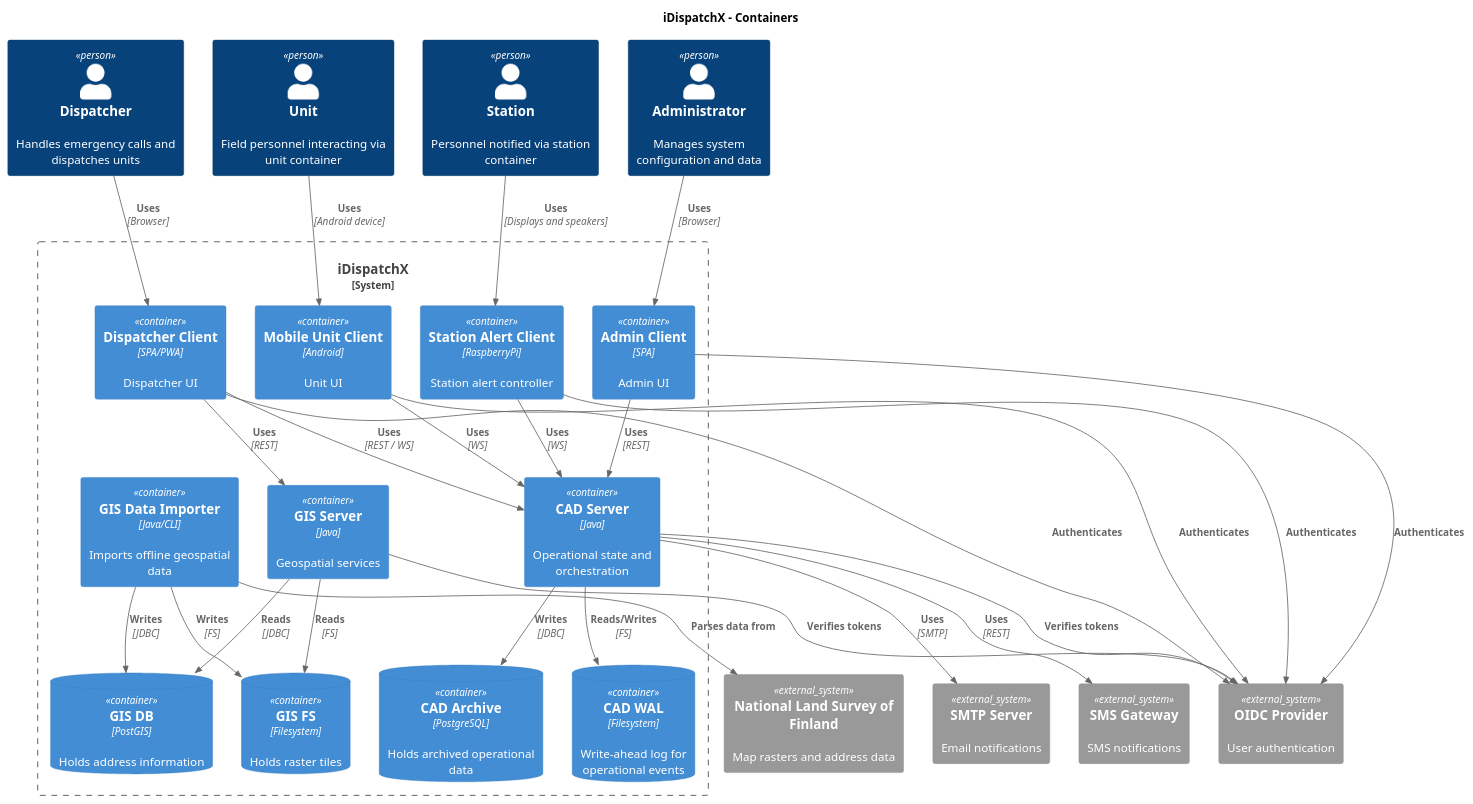
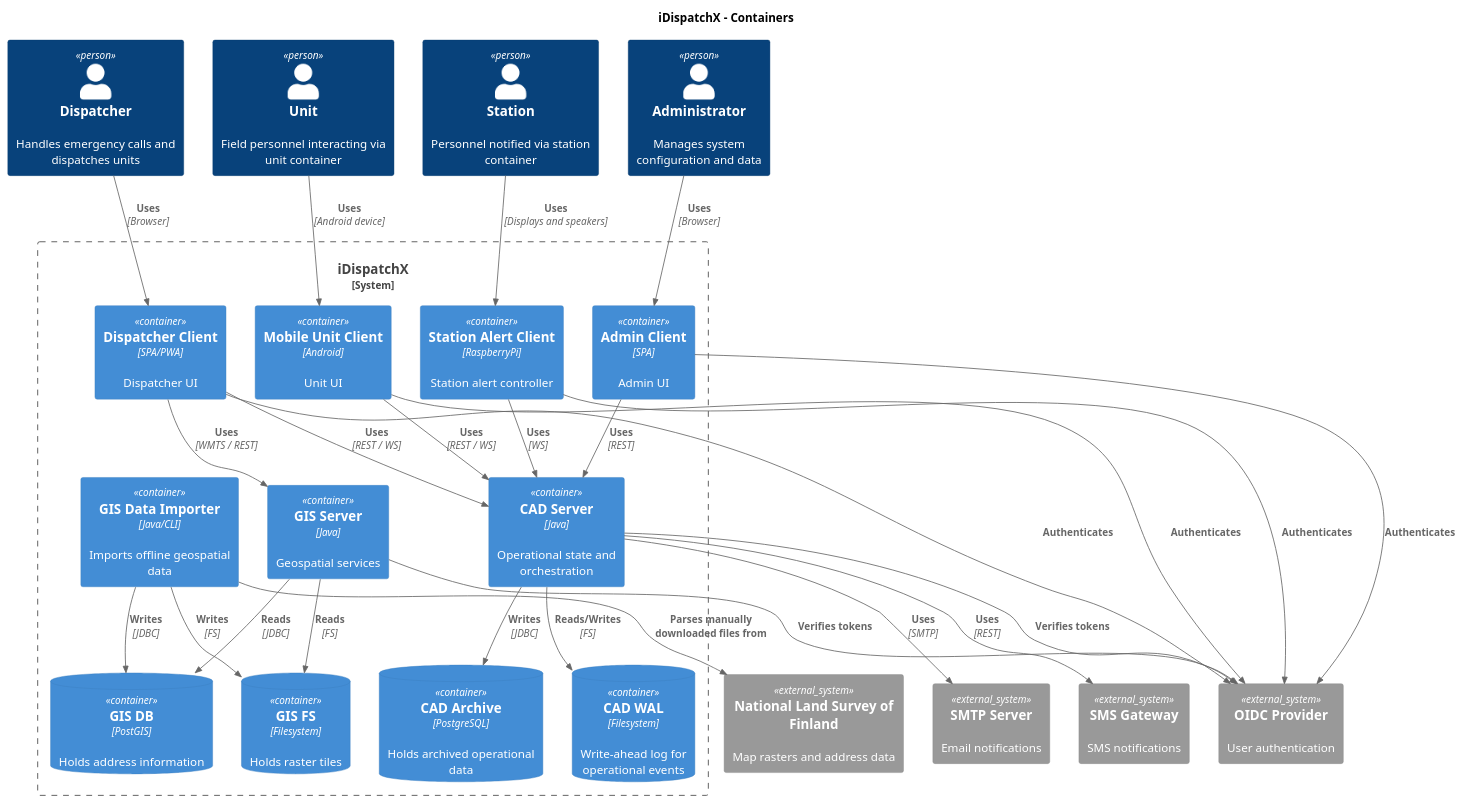
Before and after one commit to peholmst/idispatchx: the diagram in Spec/C4/Containers.puml, drawn with PlantUML. The commit also changed 3 other files, not shown here.

```diff
--- a/Spec/C4/Containers.puml
+++ b/Spec/C4/Containers.puml
@@ -1,64 +1,64 @@
 @startuml iDispatchX_Containers
 !include https://raw.githubusercontent.com/plantuml-stdlib/C4-PlantUML/master/C4_Container.puml
 
 title iDispatchX - Containers
 
 Person(dispatcher, "Dispatcher", "Handles emergency calls and dispatches units")
 Person(unit, "Unit", "Field personnel interacting via unit container")
 Person(station, "Station", "Personnel notified via station container")
 Person(admin, "Administrator", "Manages system configuration and data")
 
 System_Boundary(idispatchx, "iDispatchX") {
     Container(cadServer, "CAD Server", "Java", "Operational state and orchestration")
     ContainerDb(cadWAL, "CAD WAL", "Filesystem", "Write-ahead log for operational events")
     ContainerDb(cadArchive, "CAD Archive", "PostgreSQL", "Holds archived operational data")
 
     Container(gisServer, "GIS Server", "Java", "Geospatial services")
     ContainerDb(gisDatabase, "GIS DB", "PostGIS", "Holds address information")
     ContainerDb(gisFileSystem, "GIS FS", "Filesystem", "Holds raster tiles")
     Container(gisDataImporter, "GIS Data Importer", "Java/CLI", "Imports offline geospatial data")
 
     Container(dispatcherClient, "Dispatcher Client", "SPA/PWA", "Dispatcher UI")
     Container(mobileUnitClient, "Mobile Unit Client", "Android", "Unit UI")
     Container(stationAlertClient, "Station Alert Client", "RaspberryPi", "Station alert controller")
     Container(adminClient, "Admin Client", "SPA", "Admin UI")
 }
 
 System_Ext(nls, "National Land Survey of Finland", "Map rasters and address data")
 System_Ext(smtp, "SMTP Server", "Email notifications")
 System_Ext(sms, "SMS Gateway", "SMS notifications")
 System_Ext(oidc, "OIDC Provider", "User authentication")
 
 Rel(dispatcher, dispatcherClient, "Uses", "Browser")
 Rel(station, stationAlertClient, "Uses", "Displays and speakers")
 Rel(unit, mobileUnitClient, "Uses", "Android device")
 Rel(admin, adminClient, "Uses", "Browser")
 
 Rel(dispatcherClient, cadServer, "Uses", "REST / WS")
-Rel(dispatcherClient, gisServer, "Uses", "REST")
+Rel(dispatcherClient, gisServer, "Uses", "WMTS / REST")
 Rel(dispatcherClient, oidc, "Authenticates")
 
 Rel(stationAlertClient, cadServer, "Uses", "WS")
 Rel(stationAlertClient, oidc, "Authenticates")
 
-Rel(mobileUnitClient, cadServer, "Uses", "WS")
+Rel(mobileUnitClient, cadServer, "Uses", "REST / WS")
 Rel(mobileUnitClient, oidc, "Authenticates")
 
 Rel(adminClient, cadServer, "Uses", "REST")
 Rel(adminClient, oidc, "Authenticates")
 
 Rel(cadServer, cadWAL, "Reads/Writes", "FS")
 Rel(cadServer, cadArchive, "Writes", "JDBC")
 Rel(cadServer, oidc, "Verifies tokens")
 Rel(cadServer, smtp, "Uses", "SMTP")
 Rel(cadServer, sms, "Uses", "REST")
 
 Rel(gisServer, gisDatabase, "Reads", "JDBC")
 Rel(gisServer, gisFileSystem, "Reads", "FS")
 Rel(gisServer, oidc, "Verifies tokens")
 
 Rel(gisDataImporter, gisDatabase, "Writes", "JDBC")
 Rel(gisDataImporter, gisFileSystem, "Writes", "FS")
-Rel(gisDataImporter, nls, "Parses data from")
+Rel(gisDataImporter, nls, "Parses manually downloaded files from")
 
 @enduml
```
